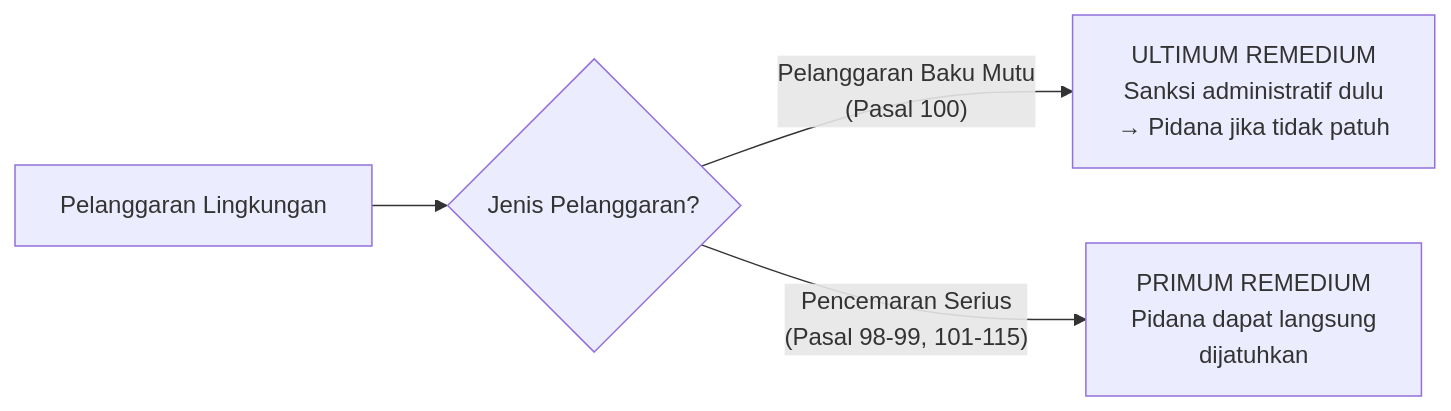
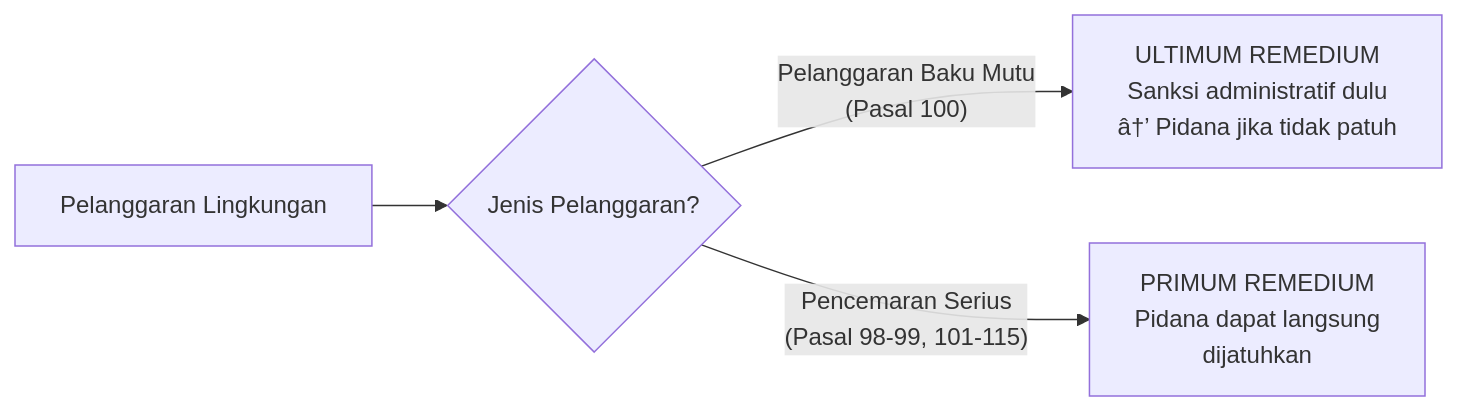
One commit to movanet/mova-quartz changed the third of 4 diagrams in content/01-Lingkungan/08_Penegakan_Hukum.md. Above: the diagram before and after it, drawn with Mermaid. The commit also changed other lines of this file and 171 other files, not shown here.

````diff
--- a/content/01-Lingkungan/08_Penegakan_Hukum.md
+++ b/content/01-Lingkungan/08_Penegakan_Hukum.md
@@ -467,12 +467,12 @@
 ```mermaid
 flowchart LR
     A[Pelanggaran Lingkungan] --> B{Jenis Pelanggaran?}
     B -->|"Pelanggaran Baku Mutu
     (Pasal 100)"| C["ULTIMUM REMEDIUM
     Sanksi administratif dulu
-    → Pidana jika tidak patuh"]
+    â†’ Pidana jika tidak patuh"]
     B -->|"Pencemaran Serius
     (Pasal 98-99, 101-115)"| D["PRIMUM REMEDIUM
     Pidana dapat langsung
     dijatuhkan"]
 ```
````
